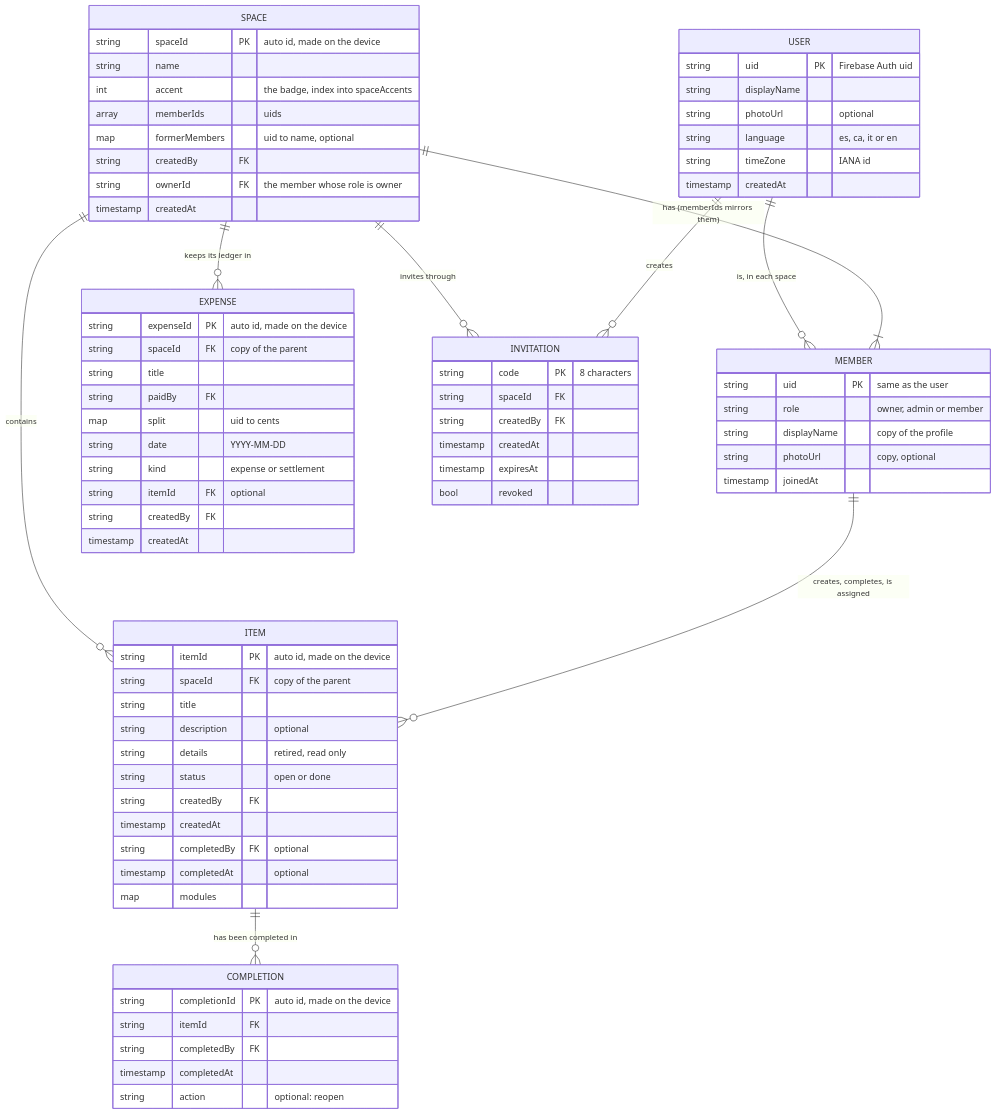
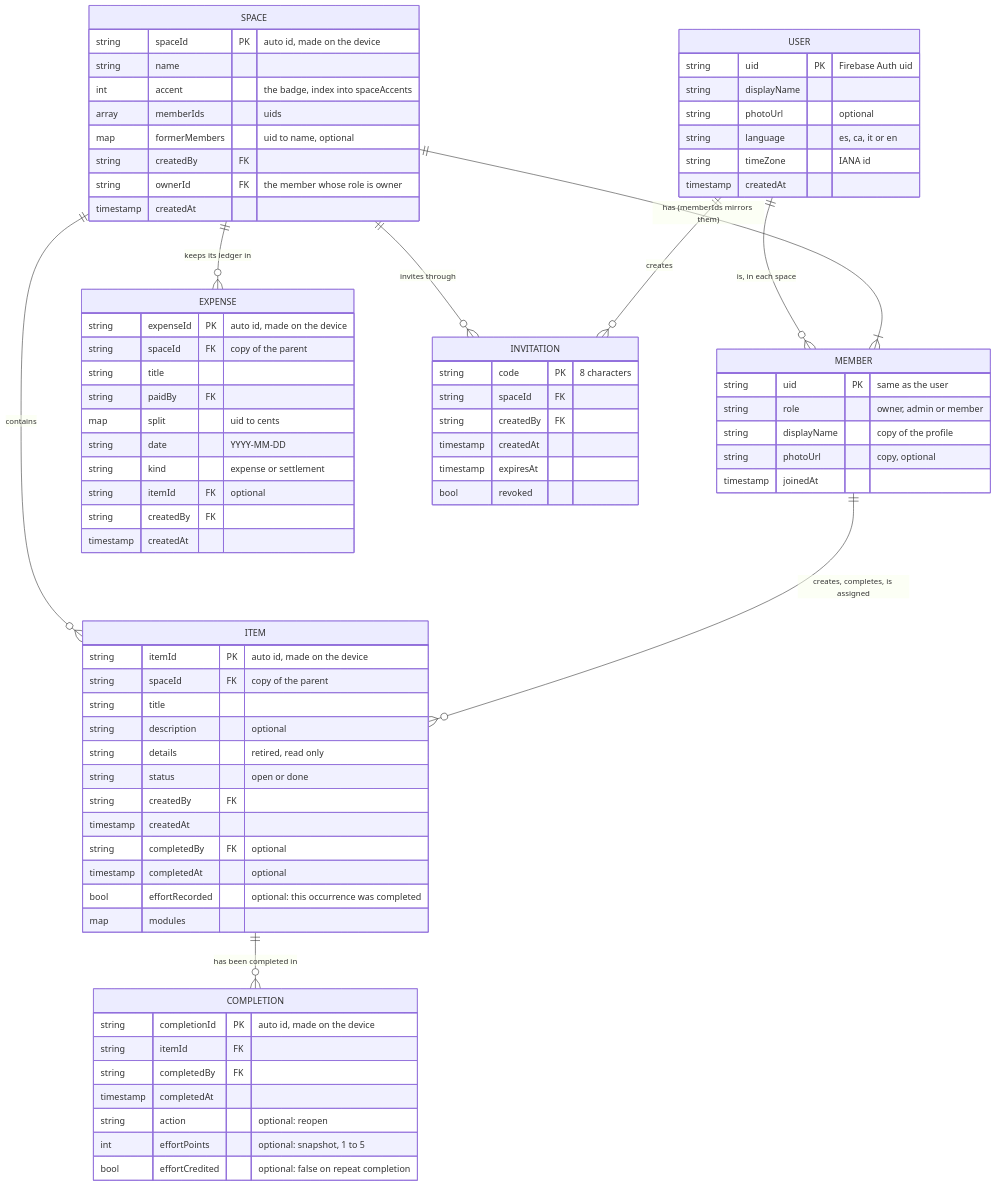
The diagram in docs/data/firestore-schema.md (Erkko68/orbit), drawn with Mermaid before and after one commit. The commit also changed other lines of this file and 41 other files, not shown here.

First line of the commit message:
feat(items): add effort points and fairness indicators (#313)

````diff
--- a/docs/data/firestore-schema.md
+++ b/docs/data/firestore-schema.md
@@ -7,77 +7,80 @@
 ```mermaid
 erDiagram
     USER ||--o{ MEMBER : "is, in each space"
     SPACE ||--|{ MEMBER : "has (memberIds mirrors them)"
     SPACE ||--o{ ITEM : contains
     SPACE ||--o{ EXPENSE : "keeps its ledger in"
     ITEM ||--o{ COMPLETION : "has been completed in"
     SPACE ||--o{ INVITATION : "invites through"
     USER ||--o{ INVITATION : creates
     MEMBER ||--o{ ITEM : "creates, completes, is assigned"
 
     USER {
         string uid PK "Firebase Auth uid"
         string displayName
         string photoUrl "optional"
         string language "es, ca, it or en"
         string timeZone "IANA id"
         timestamp createdAt
     }
     SPACE {
         string spaceId PK "auto id, made on the device"
         string name
         int accent "the badge, index into spaceAccents"
         array memberIds "uids"
         map formerMembers "uid to name, optional"
         string createdBy FK
         string ownerId FK "the member whose role is owner"
         timestamp createdAt
     }
     MEMBER {
         string uid PK "same as the user"
         string role "owner, admin or member"
         string displayName "copy of the profile"
         string photoUrl "copy, optional"
         timestamp joinedAt
     }
     ITEM {
         string itemId PK "auto id, made on the device"
         string spaceId FK "copy of the parent"
         string title
         string description "optional"
         string details "retired, read only"
         string status "open or done"
         string createdBy FK
         timestamp createdAt
         string completedBy FK "optional"
         timestamp completedAt "optional"
+        bool effortRecorded "optional: this occurrence was completed"
         map modules
     }
     COMPLETION {
         string completionId PK "auto id, made on the device"
         string itemId FK
         string completedBy FK
         timestamp completedAt
         string action "optional: reopen"
+        int effortPoints "optional: snapshot, 1 to 5"
+        bool effortCredited "optional: false on repeat completion"
     }
     EXPENSE {
         string expenseId PK "auto id, made on the device"
         string spaceId FK "copy of the parent"
         string title
         string paidBy FK
         map split "uid to cents"
         string date "YYYY-MM-DD"
         string kind "expense or settlement"
         string itemId FK "optional"
         string createdBy FK
         timestamp createdAt
     }
     INVITATION {
         string code PK "8 characters"
         string spaceId FK
         string createdBy FK
         timestamp createdAt
         timestamp expiresAt
         bool revoked
     }
 ```
````
